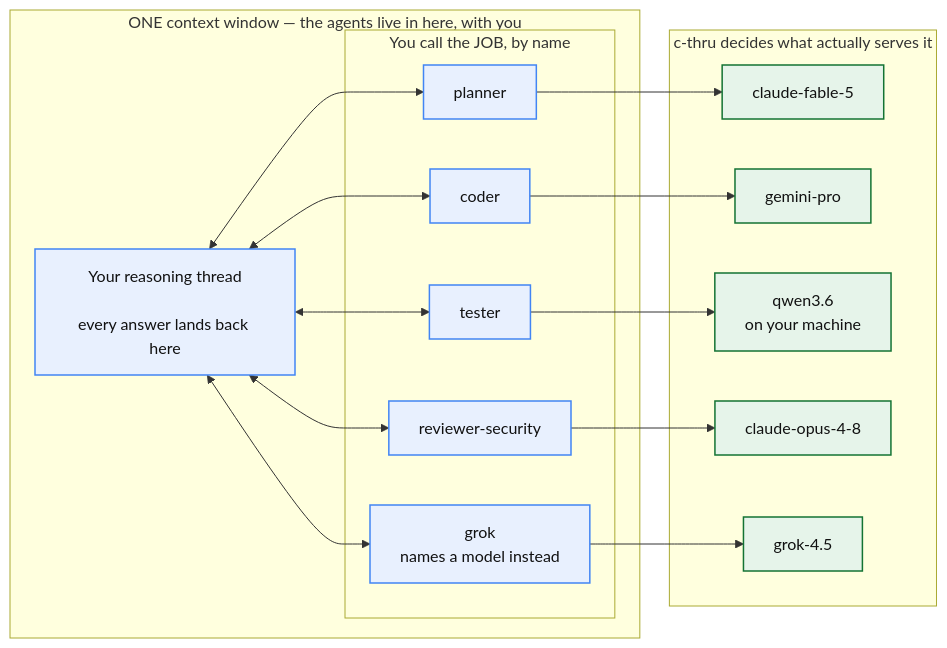
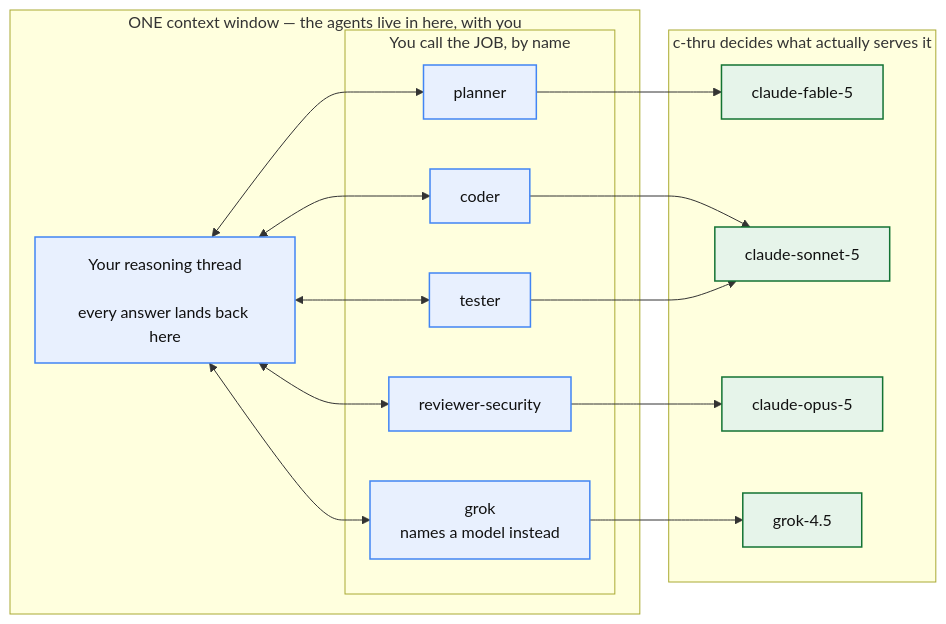
The second of 7 diagrams in README.md (whichguy/c-thru), drawn with Mermaid before and after one commit. The commit also changed other lines of this file and 98 other files, not shown here.

````diff
--- a/README.md
+++ b/README.md
@@ -171,32 +171,31 @@
 ```mermaid
 flowchart LR
     subgraph ONE["ONE context window — the agents live in here, with you"]
         R["Your reasoning thread<br/><br/>every answer lands back here"]
         subgraph FLEET["You call the JOB, by name"]
             A1["planner"]
             A2["coder"]
             A3["tester"]
             A4["reviewer-security"]
             A5["grok<br/>names a model instead"]
         end
     end
 
     subgraph MODELS["c-thru decides what actually serves it"]
         M1["claude-fable-5"]
-        M2["gemini-pro"]
-        M3["qwen3.6<br/>on your machine"]
-        M4["claude-opus-4-8"]
-        M5["grok-4.5"]
+        M2["claude-sonnet-5"]
+        M3["claude-opus-5"]
+        M4["grok-4.5"]
     end
 
     R <--> A1 --> M1
     R <--> A2 --> M2
-    R <--> A3 --> M3
-    R <--> A4 --> M4
-    R <--> A5 --> M5
+    R <--> A3 --> M2
+    R <--> A4 --> M3
+    R <--> A5 --> M4
 
     classDef harness  fill:#E8F0FE,stroke:#4285F4,stroke-width:1.5px,color:#111
     classDef provider fill:#E6F4EA,stroke:#137333,stroke-width:1.5px,color:#111
     class R,A1,A2,A3,A4,A5 harness
     class M1,M2,M3,M4,M5 provider
 ```
````
